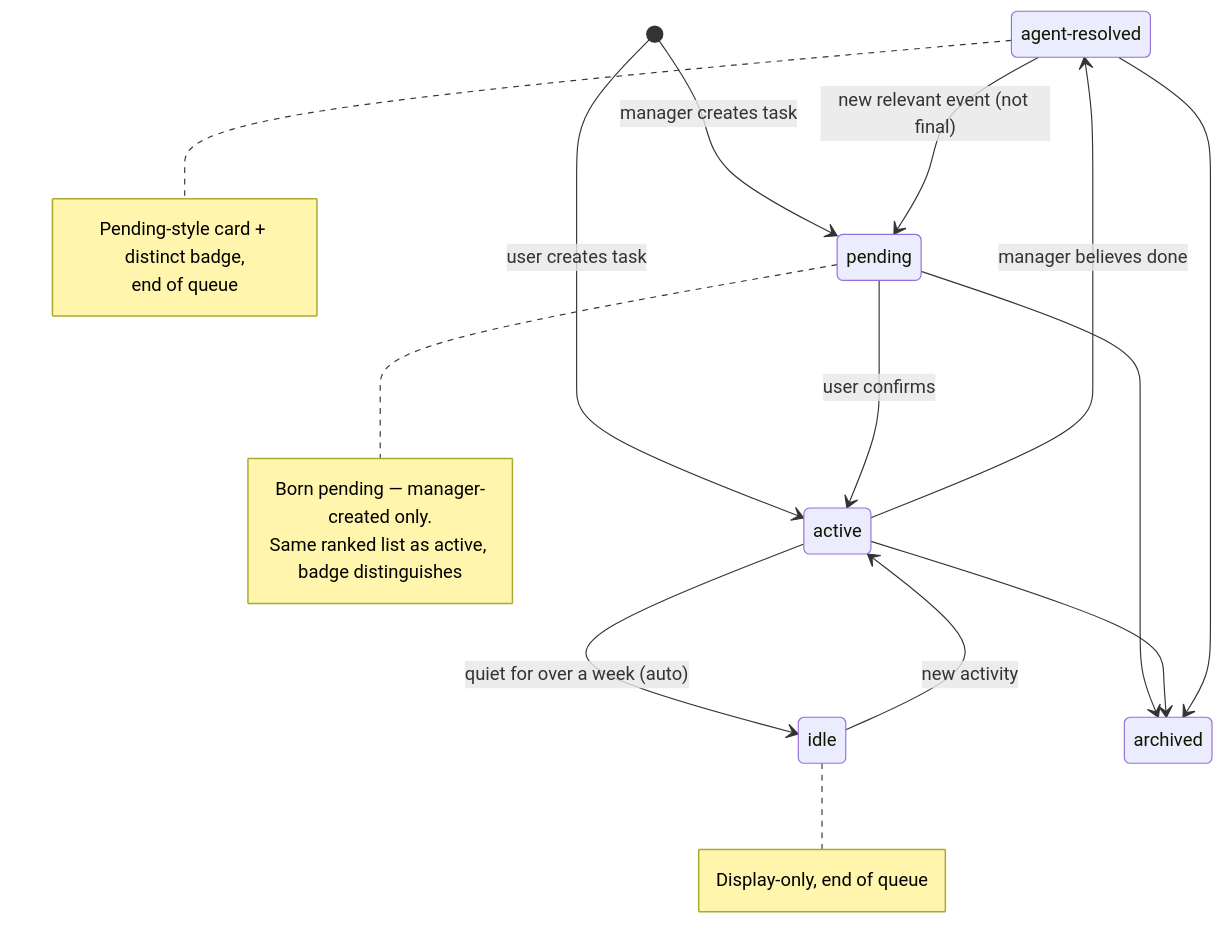
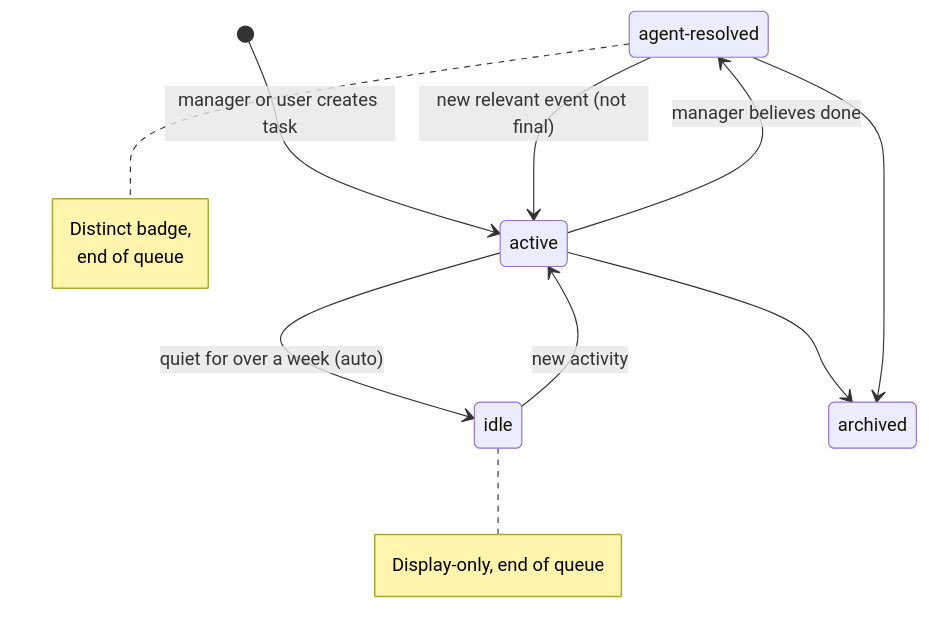
One commit to michaelzenz/omnigent changed the diagram in puppygarden/docs/MANAGER_CENTRIC_V2.md. Above: the diagram before and after it, drawn with Mermaid. The commit also changed other lines of this file and 38 other files, not shown here.

First line of the commit message:
Remove the PuppyGarden task pending state; tasks are born active

````diff
--- a/puppygarden/docs/MANAGER_CENTRIC_V2.md
+++ b/puppygarden/docs/MANAGER_CENTRIC_V2.md
@@ -77,17 +77,13 @@
 ```mermaid
 stateDiagram-v2
     state "agent-resolved" as agent_resolved
-    [*] --> pending : manager creates task
-    [*] --> active : user creates task
-    pending --> active : user confirms
+    [*] --> active : manager or user creates task
     active --> idle : quiet for over a week (auto)
     idle --> active : new activity
     active --> agent_resolved : manager believes done
-    agent_resolved --> pending : new relevant event (not final)
-    pending --> archived
+    agent_resolved --> active : new relevant event (not final)
     active --> archived
     agent_resolved --> archived
-    note right of pending : Born pending — manager-created only.<br/>Same ranked list as active, badge distinguishes
     note right of idle : Display-only, end of queue
-    note right of agent_resolved : Pending-style card + distinct badge,<br/>end of queue
+    note right of agent_resolved : Distinct badge,<br/>end of queue
 ```
````
